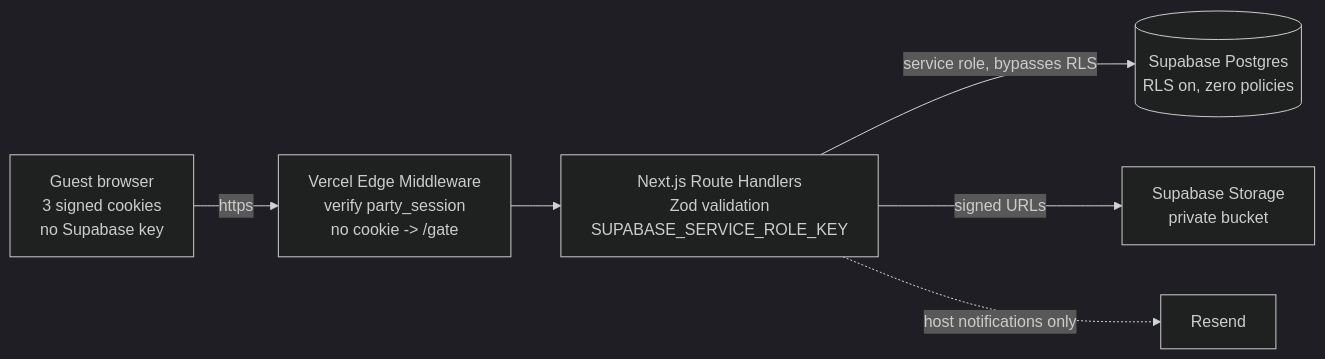
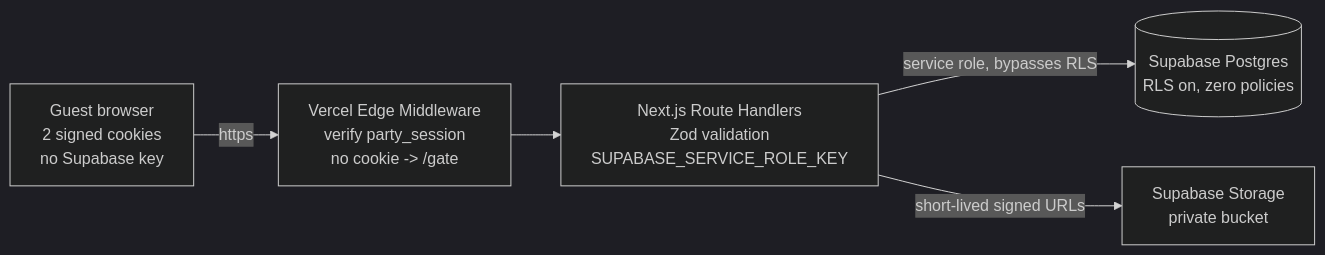
One commit to teamupstart/mission-control changed the first of 4 diagrams in docs/plans/anniversary-party-site/plan.md. Above: the diagram before and after it, drawn with Mermaid (dark theme). The commit also changed other lines of this file and 4 other files, not shown here.

````diff
--- a/docs/plans/anniversary-party-site/plan.md
+++ b/docs/plans/anniversary-party-site/plan.md
@@ -51,8 +85,7 @@
 ```mermaid
 flowchart LR
-  B[Guest browser<br/>3 signed cookies<br/>no Supabase key] -->|https| M[Vercel Edge Middleware<br/>verify party_session<br/>no cookie -> /gate]
+  B[Guest browser<br/>2 signed cookies<br/>no Supabase key] -->|https| M[Vercel Edge Middleware<br/>verify party_session<br/>no cookie -> /gate]
   M --> R[Next.js Route Handlers<br/>Zod validation<br/>SUPABASE_SERVICE_ROLE_KEY]
   R -->|service role, bypasses RLS| D[(Supabase Postgres<br/>RLS on, zero policies)]
-  R -->|signed URLs| S[Supabase Storage<br/>private bucket]
-  R -.->|host notifications only| E[Resend]
+  R -->|short-lived signed URLs| S[Supabase Storage<br/>private bucket]
 ```
````
